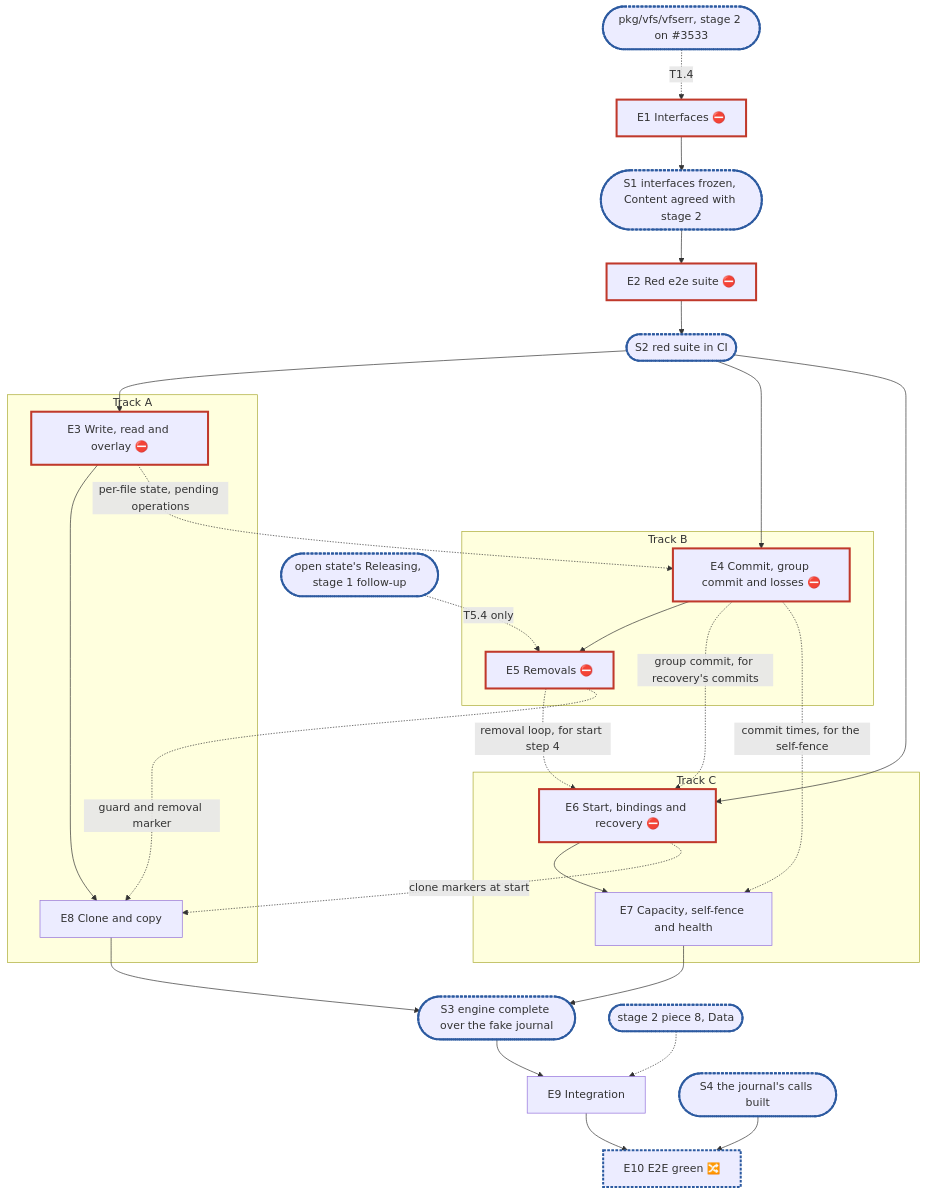
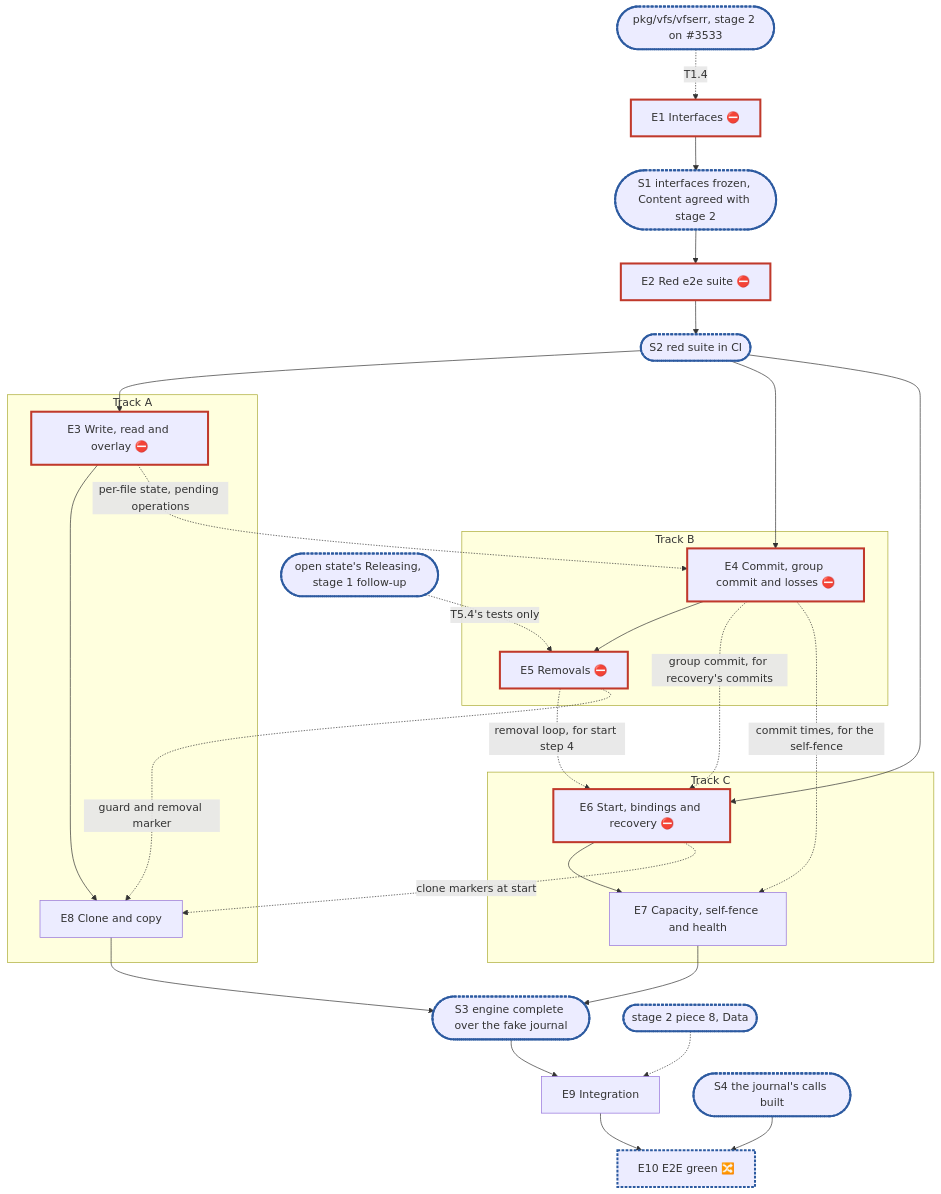
The diagram in docs/internals/planning/rfc-8-journal-only-engine-plan.md (marmos91/dittofs), drawn with Mermaid before and after one commit. The commit also changed other lines of this file, not shown here.

````diff
--- a/docs/internals/planning/rfc-8-journal-only-engine-plan.md
+++ b/docs/internals/planning/rfc-8-journal-only-engine-plan.md
@@ -373,30 +383,30 @@
 ```mermaid
 flowchart TD
   V(["pkg/vfs/vfserr, stage 2 on #3533"]):::sync -. "T1.4" .-> E1
   E1["E1 Interfaces ⛔"]:::blocker --> S1(["S1 interfaces frozen, Content agreed with stage 2"]):::sync
   S1 --> E2["E2 Red e2e suite ⛔"]:::blocker --> S2(["S2 red suite in CI"]):::sync
   subgraph A["Track A"]
     E3["E3 Write, read and overlay ⛔"]:::blocker --> E8["E8 Clone and copy"]
   end
   subgraph B["Track B"]
     E4["E4 Commit, group commit and losses ⛔"]:::blocker --> E5["E5 Removals ⛔"]:::blocker
   end
   subgraph C["Track C"]
     E6["E6 Start, bindings and recovery ⛔"]:::blocker --> E7["E7 Capacity, self-fence and health"]
   end
   S2 --> E3 & E4 & E6
   E3 -. "per-file state, pending operations" .-> E4
   E4 -. "group commit, for recovery's commits" .-> E6
   E5 -. "removal loop, for start step 4" .-> E6
   E4 -. "commit times, for the self-fence" .-> E7
   E5 -. "guard and removal marker" .-> E8
   E6 -. "clone markers at start" .-> E8
   E7 & E8 --> S3(["S3 engine complete over the fake journal"]):::sync
   S3 --> E9["E9 Integration"]
   X(["stage 2 piece 8, Data"]):::sync -.-> E9
-  R(["open state's Releasing, stage 1 follow-up"]):::sync -. "T5.4 only" .-> E5
+  R(["open state's Releasing, stage 1 follow-up"]):::sync -. "T5.4's tests only" .-> E5
   E9 --> E10["E10 E2E green 🔀"]:::sync
   S4(["S4 the journal's calls built"]):::sync --> E10
   classDef blocker stroke:#c0392b,stroke-width:3px
   classDef sync stroke:#2c5aa0,stroke-width:3px,stroke-dasharray:4 2
 ```
````
